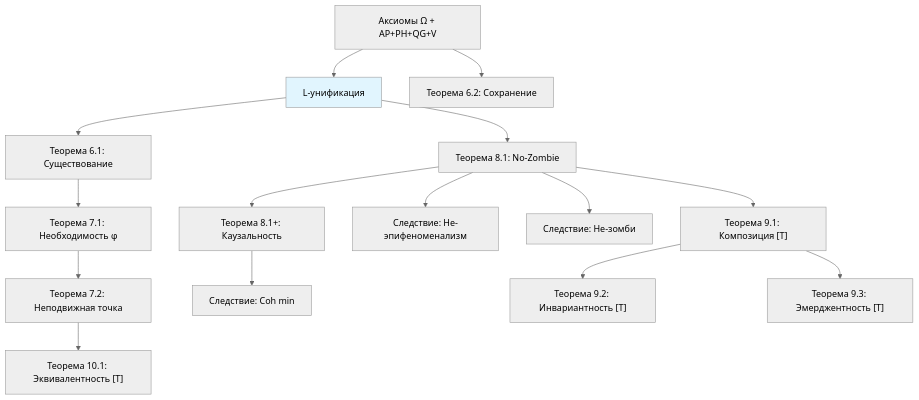
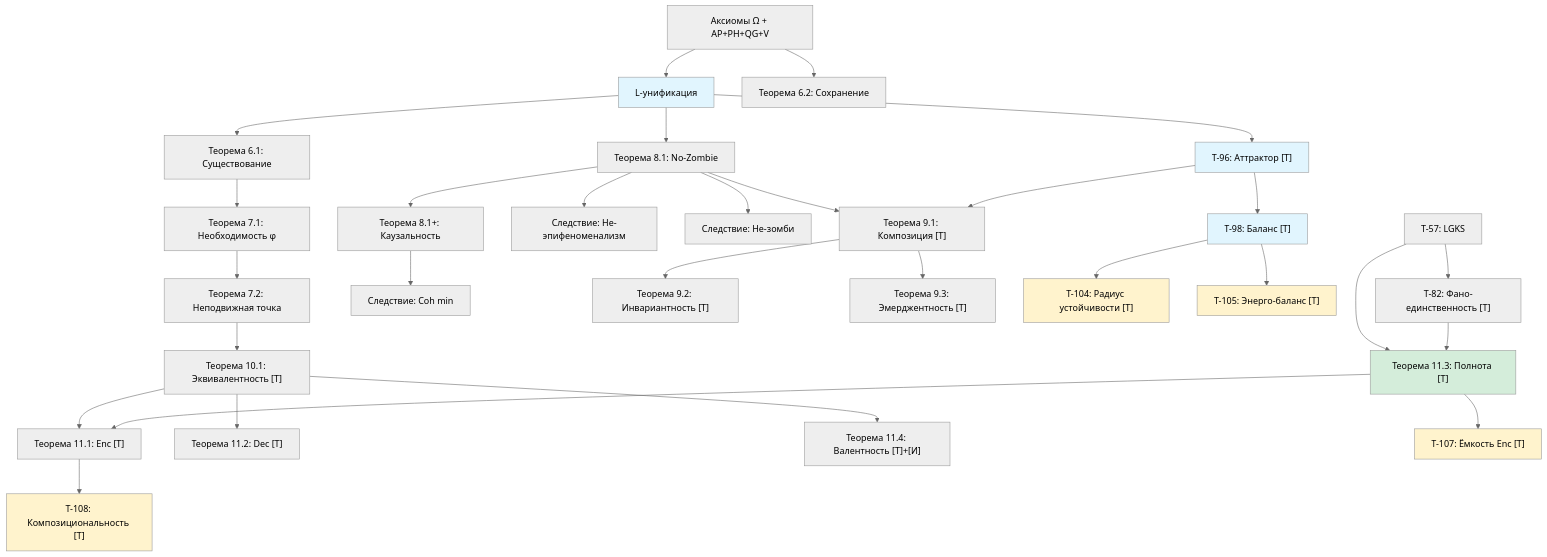
Before and after one commit to uhm-theory/holon: the diagram in website/docs/applied/coherence-cybernetics/theorems.md, drawn with Mermaid (neutral theme). The commit also changed other lines of this file and 26 other files, not shown here.

````diff
--- a/website/docs/applied/coherence-cybernetics/theorems.md
+++ b/website/docs/applied/coherence-cybernetics/theorems.md
@@ -469,19 +614,44 @@
 ```mermaid
 graph TD
     A["Аксиомы Ω + AP+PH+QG+V"] --> LU["L-унификация"]
     LU --> T61["Теорема 6.1: Существование"]
-    A --> T62["Теорема 6.2: Сохранение"]
+    A --> T62x["Теорема 6.2: Сохранение"]
     T61 --> T71["Теорема 7.1: Необходимость φ"]
     T71 --> T72["Теорема 7.2: Неподвижная точка"]
     LU --> T81["Теорема 8.1: No-Zombie"]
     T81 --> T81P["Теорема 8.1+: Каузальность"]
     T81 --> C811["Следствие: Не-эпифеноменализм"]
     T81 --> C812["Следствие: Не-зомби"]
     T81P --> C813["Следствие: Coh min"]
     T81 --> T91["Теорема 9.1: Композиция [Т]"]
     T91 --> T92["Теорема 9.2: Инвариантность [Т]"]
-    T91 --> T93["Теорема 9.3: Эмерджентность [Т]"]
+    T91 --> T93x["Теорема 9.3: Эмерджентность [Т]"]
     T72 --> T101["Теорема 10.1: Эквивалентность [Т]"]
+    T101 --> T111["Теорема 11.1: Enc [Т]"]
+    T101 --> T112["Теорема 11.2: Dec [Т]"]
+    T57["T-57: LGKS"] --> T113["Теорема 11.3: Полнота [Т]"]
+    T113 --> T111
+    T101 --> T114["Теорема 11.4: Валентность [Т]+[И]"]
+
+    LU --> T96["T-96: Аттрактор [Т]"]
+    T96 --> T98["T-98: Баланс [Т]"]
+    T98 --> T104["T-104: Радиус устойчивости [Т]"]
+    T98 --> T105["T-105: Энерго-баланс [Т]"]
+
+    T57 --> T82["T-82: Фано-единственность [Т]"]
+    T82 --> T113
+
+    T96 --> T91
+
+    T113 --> T107["T-107: Ёмкость Enc [Т]"]
+    T111 --> T108["T-108: Композициональность [Т]"]
 
     style LU fill:#e1f5fe
+    style T113 fill:#d4edda
+    style T96 fill:#e1f5fe
+    style T98 fill:#e1f5fe
+    style T104 fill:#fff3cd
+    style T105 fill:#fff3cd
+    style T107 fill:#fff3cd
+    style T108 fill:#fff3cd
 ```
````
